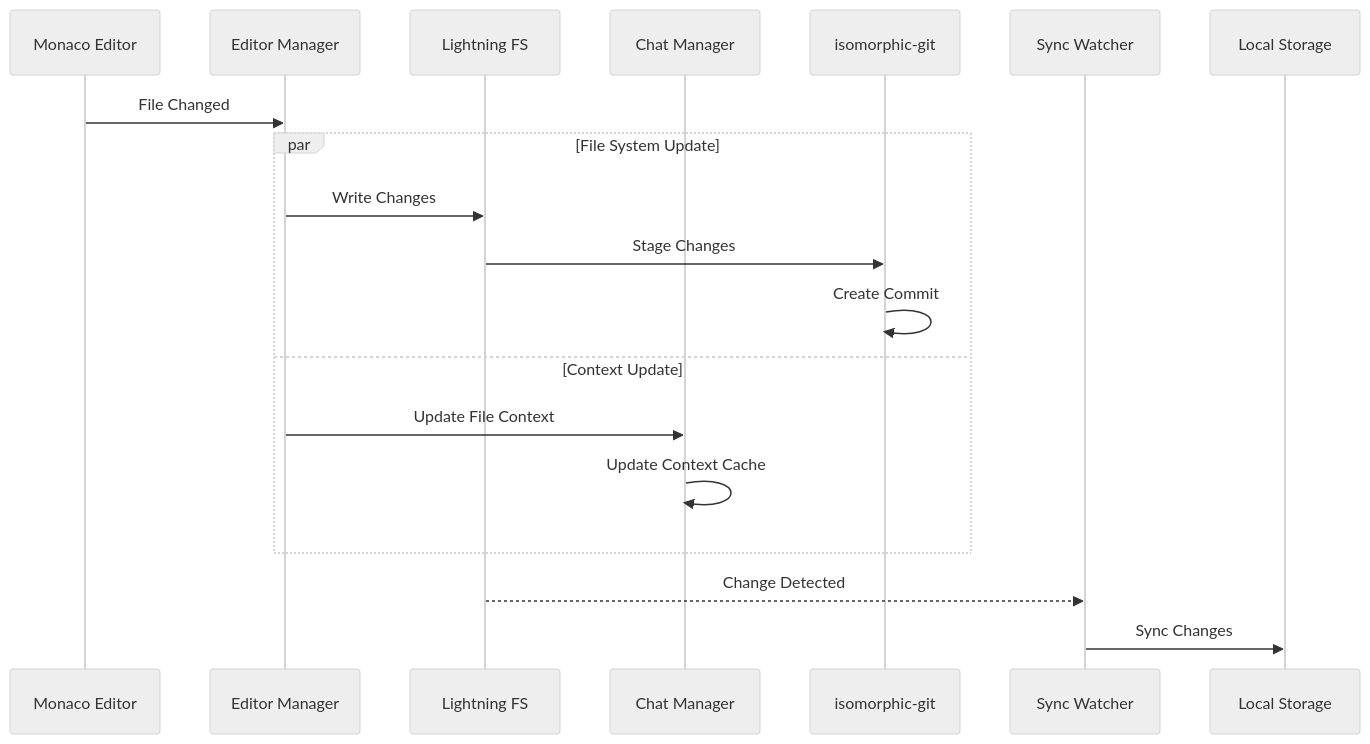
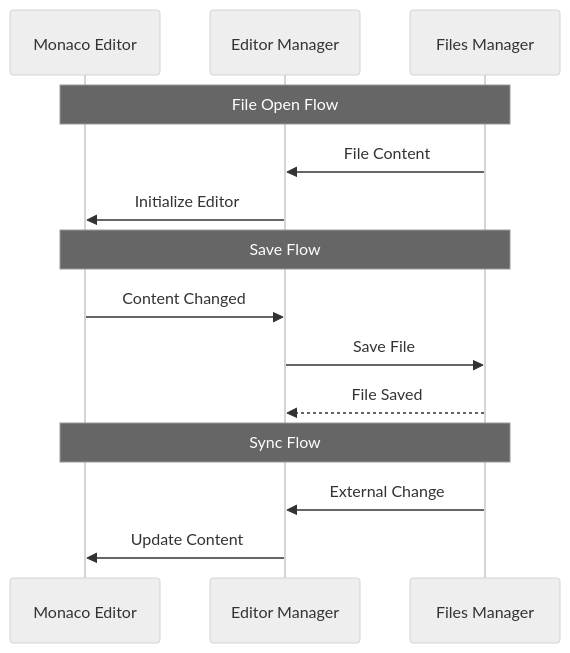
One commit to mrsimpson/piddie changed the fifth of 16 diagrams in architecture.md. Above: the diagram before and after it, drawn with Mermaid (neutral theme). The commit also changed other lines of this file, not shown here.

````diff
--- a/architecture.md
+++ b/architecture.md
@@ -357,24 +346,19 @@
 ```mermaid
 sequenceDiagram
     participant ME as Monaco Editor
     participant EM as Editor Manager
-    participant LFS as Lightning FS
-    participant CHM as Chat Manager
-    participant IG as isomorphic-git
-    participant SW as Sync Watcher
-    participant LS as Local Storage
-
-    ME->>EM: File Changed
+    participant FM as Files Manager
     
-    par File System Update
-        EM->>LFS: Write Changes
-        LFS->>IG: Stage Changes
-        IG->>IG: Create Commit
-    and Context Update
-        EM->>CHM: Update File Context
-        CHM->>CHM: Update Context Cache
-    end
+    Note over ME,FM: File Open Flow
+    FM->>EM: File Content
+    EM->>ME: Initialize Editor
     
-    LFS-->>SW: Change Detected
-    SW->>LS: Sync Changes
+    Note over ME,FM: Save Flow
+    ME->>EM: Content Changed
+    EM->>FM: Save File
+    FM-->>EM: File Saved
+    
+    Note over ME,FM: Sync Flow
+    FM->>EM: External Change
+    EM->>ME: Update Content
 ```
````
